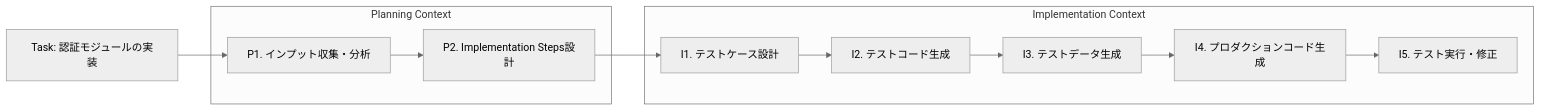
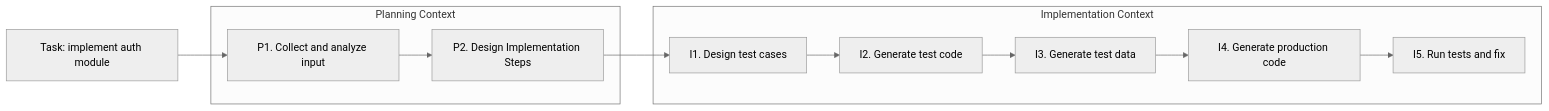
Before and after one commit to kiyohome/outputs: the third of 3 diagrams in agents-in-your-area/docs/architecture.md, drawn with Mermaid (neutral theme). The commit also changed other lines of this file and 7 other files, not shown here.

````diff
--- a/agents-in-your-area/docs/architecture.md
+++ b/agents-in-your-area/docs/architecture.md
@@ -120,22 +118,22 @@
 ```mermaid
 flowchart LR
-    Task["Task: 認証モジュールの実装"]
+    Task["Task: implement auth module"]
 
     subgraph Planning["Planning Context"]
-        P1["P1. インプット収集・分析"]
-        P2["P2. Implementation Steps設計"]
+        P1["P1. Collect and analyze input"]
+        P2["P2. Design Implementation Steps"]
         P1 --> P2
     end
 
     subgraph Impl["Implementation Context"]
-        I1["I1. テストケース設計"]
-        I2["I2. テストコード生成"]
-        I3["I3. テストデータ生成"]
-        I4["I4. プロダクションコード生成"]
-        I5["I5. テスト実行・修正"]
+        I1["I1. Design test cases"]
+        I2["I2. Generate test code"]
+        I3["I3. Generate test data"]
+        I4["I4. Generate production code"]
+        I5["I5. Run tests and fix"]
         I1 --> I2 --> I3 --> I4 --> I5
     end
 
     Task --> P1
     P2 --> I1
 ```
````
